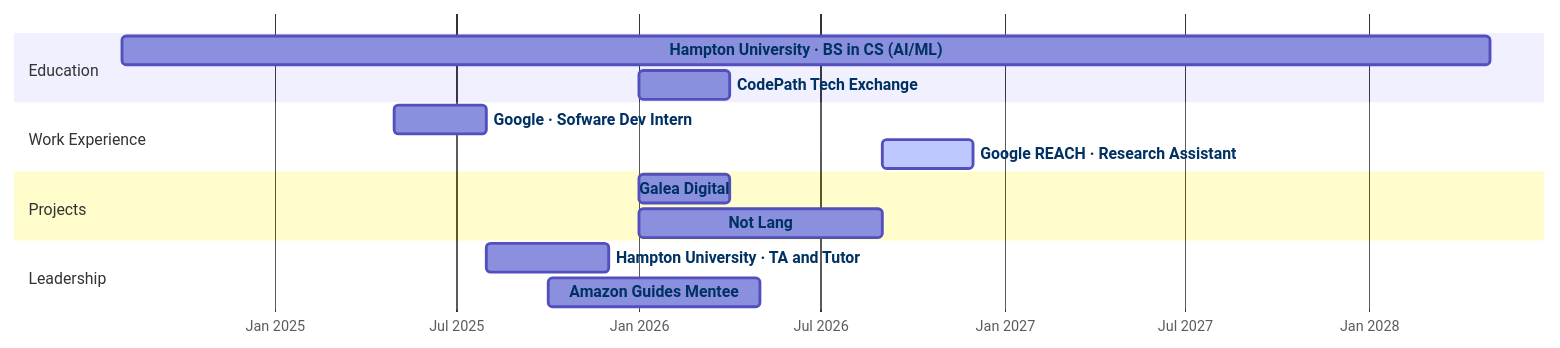
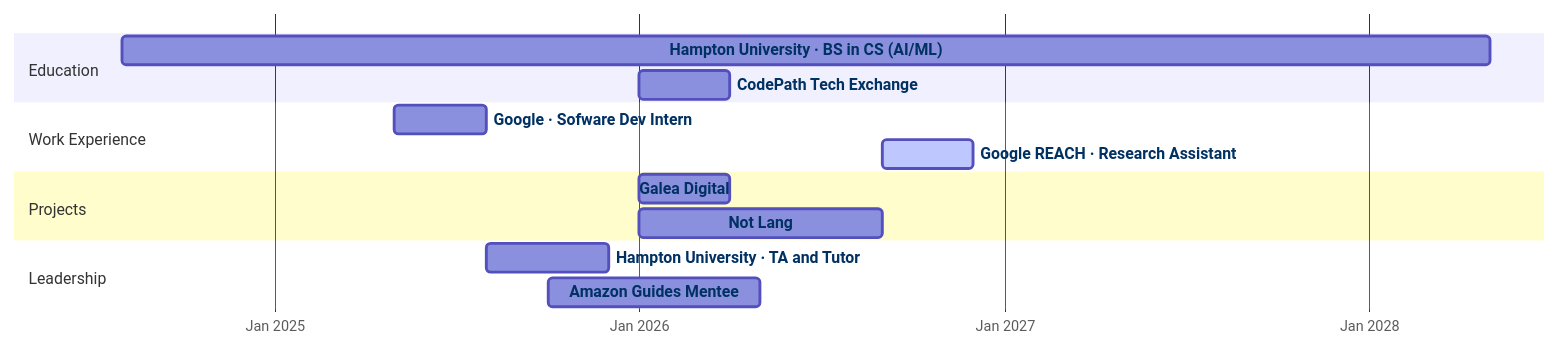
The diagram in content/professional/career portfolio.md (AmierD/amierd.github.io), drawn with Mermaid before and after one commit. The commit also changed other lines of this file, not shown here.

Commit message:
professional: lower intervals on gantt chart to improve mobile readability

````diff
--- a/content/professional/career portfolio.md
+++ b/content/professional/career portfolio.md
@@ -8,31 +8,31 @@
 ```mermaid
 gantt
     dateFormat YYYY-MM
     axisFormat %b %Y
-    tickInterval 6month
+    tickInterval 12month
 
     section Education
     Hampton University · BS in CS (AI/ML)  :edu1, 2024-08, 2028-05
     CodePath Tech Exchange                    :edu2, 2026-01, 2026-04
 
     section Work Experience
     Google · Sofware Dev Intern  :work1, 2025-05, 2025-08
     Google REACH · Research Assistant                          :active, work2, 2026-09, 2026-12
 
     section Projects
     Galea Digital                             :proj1, 2026-01, 2026-04
     Not Lang                                  :proj2, 2026-01, 2026-09
 
     section Leadership
     Hampton University · TA and Tutor  :lead1, 2025-08, 2025-12
     Amazon Guides Mentee                      :lead2, 2025-10, 2026-05
 
     click edu1 href "#hampton-university"
     click edu2 href "#codepath-tech-exchange"
     click work1 href "#google--android-xr"
     click work2 href "#google-reach--safegenai"
     click proj1 href "#galea-digital"
     click proj2 href "#not-lang"
     click lead1 href "#hampton-university--teaching-assistant-and-tutor"
     click lead2 href "#amazon-guides-mentee"
 ```
````
